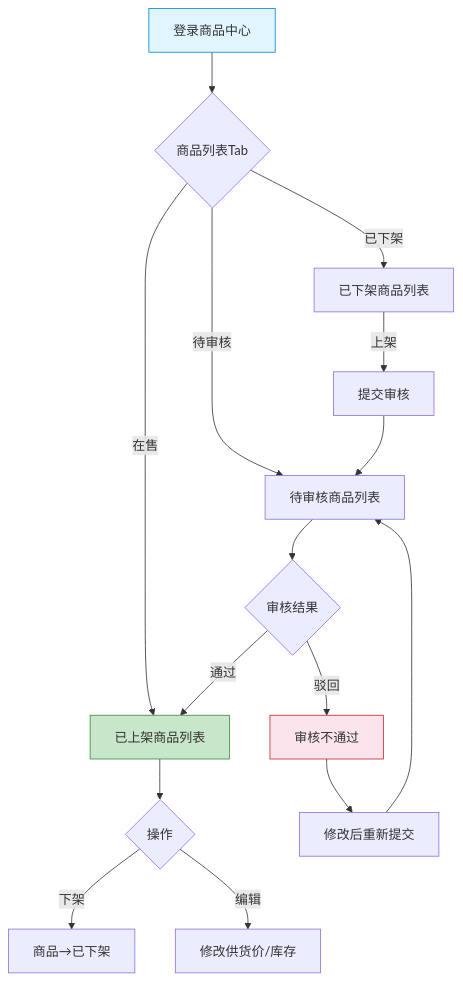
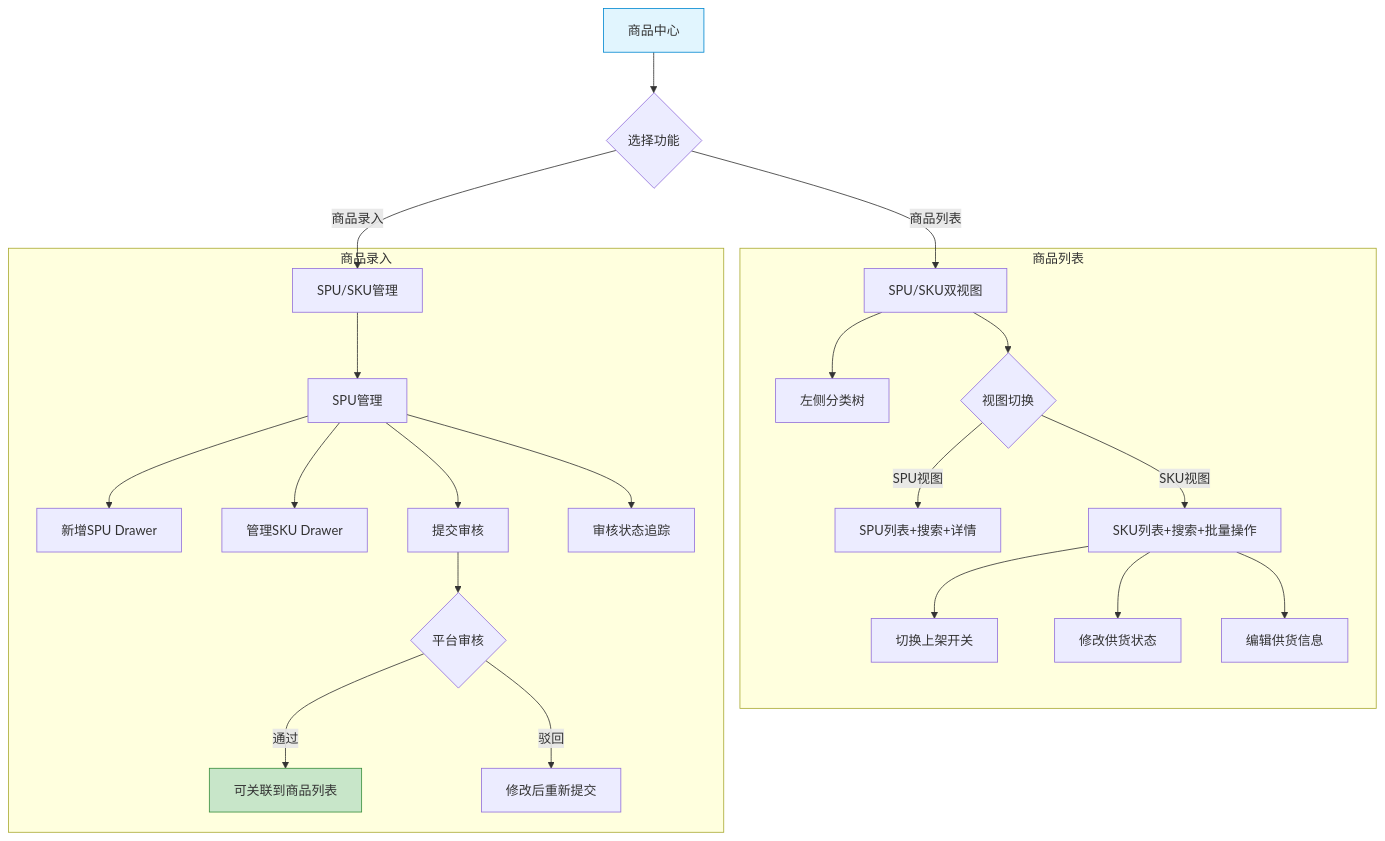
The first of 2 diagrams in prd-docs/supplier/06-商品中心功能设计.md (LinYuanxia/gongchengcang), drawn with Mermaid before and after one commit. The commit also changed other lines of this file and 40765 other files, not shown here.

````diff
--- a/prd-docs/supplier/06-商品中心功能设计.md
+++ b/prd-docs/supplier/06-商品中心功能设计.md
@@ -90,21 +95,30 @@
 ```mermaid
 flowchart TD
-    A[登录商品中心] --> B{商品列表Tab}
-    B -->|在售| C[已上架商品列表]
-    B -->|待审核| D[待审核商品列表]
-    B -->|已下架| E[已下架商品列表]
-    C --> F{操作}
-    F -->|下架| G[商品→已下架]
-    F -->|编辑| H[修改供货价/库存]
-    D --> I{审核结果}
-    I -->|通过| C
-    I -->|驳回| J[审核不通过]
-    J --> K[修改后重新提交]
-    K --> D
-    E -->|上架| L[提交审核]
-    L --> D
+    A[商品中心] --> B{选择功能}
+    B -->|商品列表| C[SPU/SKU双视图]
+    B -->|商品录入| D[SPU/SKU管理]
+
+    subgraph 商品列表
+        C --> C1[左侧分类树]
+        C --> C2{视图切换}
+        C2 -->|SPU视图| C3[SPU列表+搜索+详情]
+        C2 -->|SKU视图| C4[SKU列表+搜索+批量操作]
+        C4 --> C5[切换上架开关]
+        C4 --> C6[修改供货状态]
+        C4 --> C7[编辑供货信息]
+    end
+
+    subgraph 商品录入
+        D --> D1[SPU管理]
+        D1 --> D2[新增SPU Drawer]
+        D1 --> D3[管理SKU Drawer]
+        D1 --> D4[提交审核]
+        D1 --> D5[审核状态追踪]
+        D4 --> D6{平台审核}
+        D6 -->|通过| D7[可关联到商品列表]
+        D6 -->|驳回| D8[修改后重新提交]
+    end
 
     style A fill:#e1f5fe,stroke:#0288d1
-    style C fill:#c8e6c9,stroke:#388e3c
-    style J fill:#fce4ec,stroke:#c62828
+    style D7 fill:#c8e6c9,stroke:#388e3c
 ```
````
